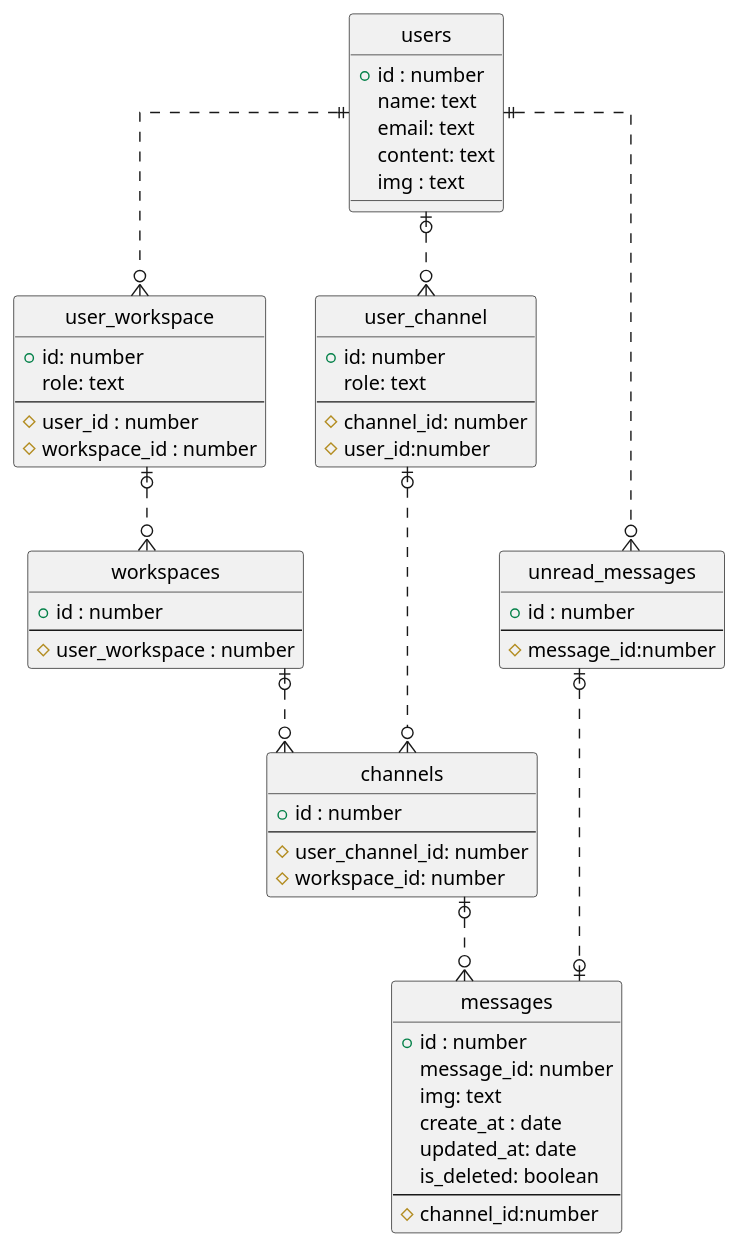
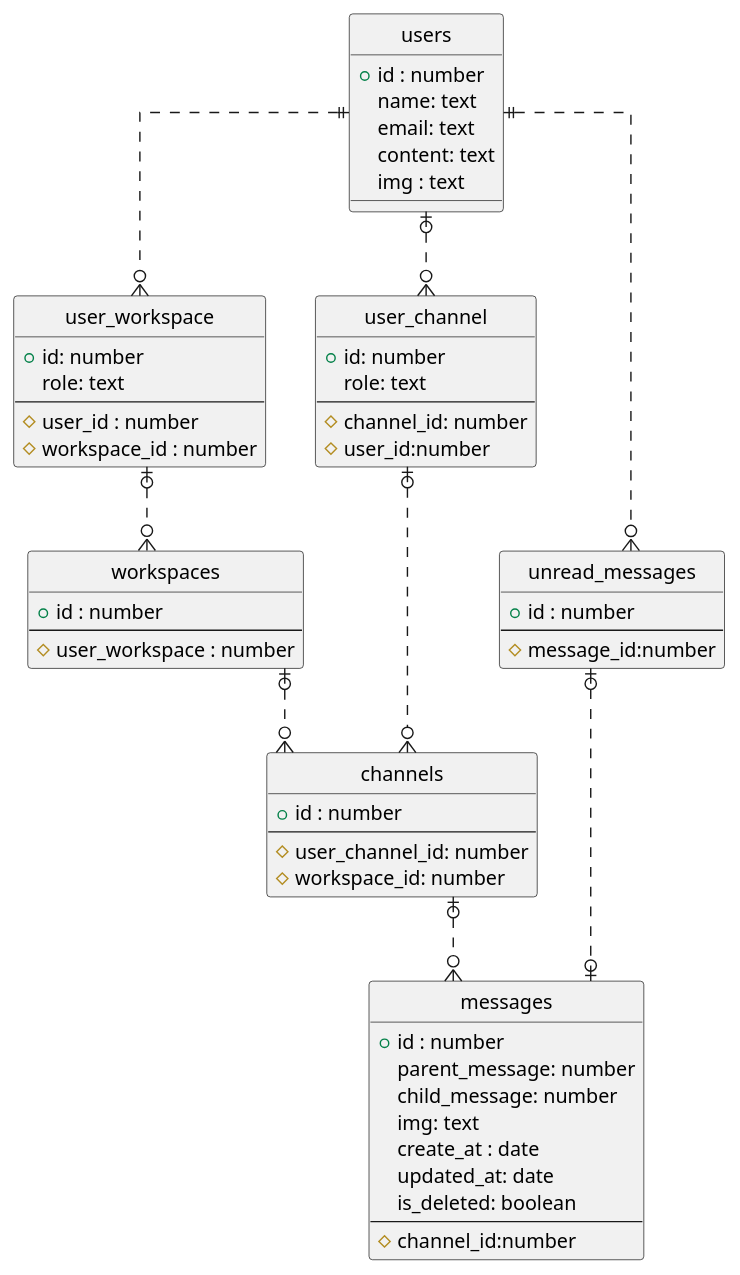
The diagram in modeling/02_task/task.puml (jp-knj/praha), drawn with PlantUML before and after one commit. The commit also changed 1 other file, not shown here.

Commit message:
:sparkles: update diagram

```diff
--- a/modeling/02_task/task.puml
+++ b/modeling/02_task/task.puml
@@ -1,70 +1,71 @@
 @startuml
 ' hide the spot
 hide circle
 
 'avoid problems with angled crows feet
 skinparam linetype ortho
 
 entity "users" as users {
   +id : number
   name: text
   email: text
   content: text
   img : text
 }
 
 entity user_workspace as "user_workspace" {
   +id: number
   role: text
   --
   #user_id : number
   #workspace_id : number
 }
 
 entity "workspaces" as workspaces {
   +id : number
   --
   #user_workspace : number
 }
 
 entity "user_channel" as user_channel{
   +id: number
   role: text
   --
   #channel_id: number
   #user_id:number
 }
 
 entity "channels" as channels {
   +id : number
   --
   #user_channel_id: number
   #workspace_id: number
 }
 
 entity "unread_messages" as unread_messages {
   +id : number
   --
   #message_id:number
 }
 
 entity "messages" as messages {
   +id : number
-  message_id: number
+  parent_message: number
+  child_message: number
   img: text
   create_at : date
   updated_at: date
   is_deleted: boolean
   --
   #channel_id:number
 }
 
 users ||..o{ user_workspace
 users ||..o{ unread_messages
 user_workspace |o..o{ workspaces
 workspaces |o..o{ channels
 users|o..o{ user_channel
 user_channel|o..o{ channels
 channels |o..o{ messages
 unread_messages |o..o| messages
 @enduml
```
